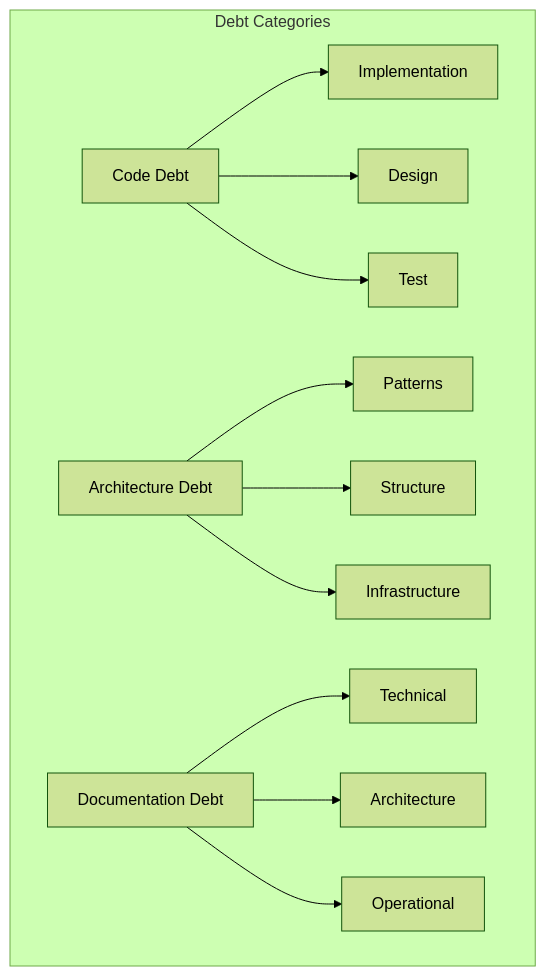
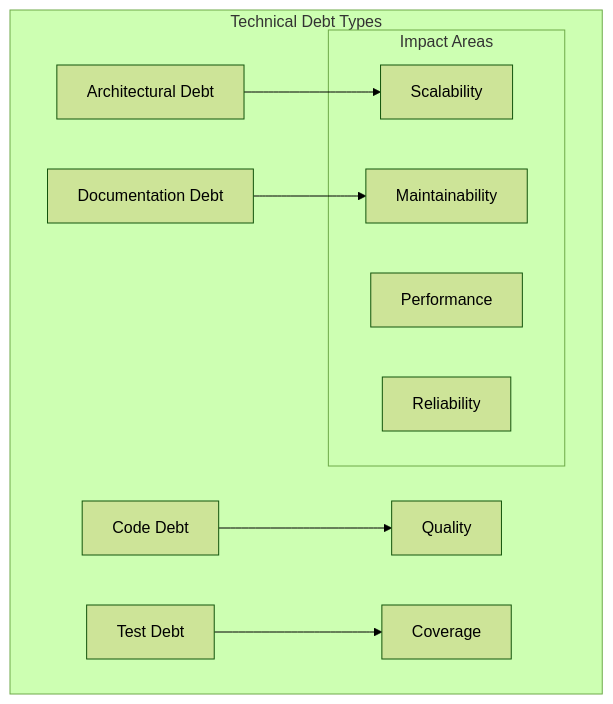
One commit to saravanakumarrc/Architecture_Journey changed the second of 3 diagrams in src/Technical_Debt_Management.md. Above: the diagram before and after it, drawn with Mermaid (forest theme). The commit also changed other lines of this file and 6 other files, not shown here.

First line of the commit message:
Refactor observability documentation: streamline sections, enhance clarity, and update diagrams for better understanding of monitoring components and patterns.

````diff
--- a/src/Technical_Debt_Management.md
+++ b/src/Technical_Debt_Management.md
@@ -32,16 +33,16 @@
 ```mermaid
 graph TB
-    subgraph "Debt Categories"
-        C[Code Debt] --> CI[Implementation]
-        C --> CD[Design]
-        C --> CT[Test]
+    subgraph "Technical Debt Types"
+        C[Code Debt] --> Q[Quality]
+        A[Architectural Debt] --> S[Structure]
+        T[Test Debt] --> V[Coverage]
+        D[Documentation Debt] --> M[Maintenance]
         
-        A[Architecture Debt] --> AP[Patterns]
-        A --> AS[Structure]
-        A --> AI[Infrastructure]
-        
-        D[Documentation Debt] --> DT[Technical]
-        D --> DA[Architecture]
-        D --> DO[Operational]
+        subgraph "Impact Areas"
+            P[Performance]
+            R[Reliability]
+            M[Maintainability]
+            S[Scalability]
+        end
     end
 ```
````
